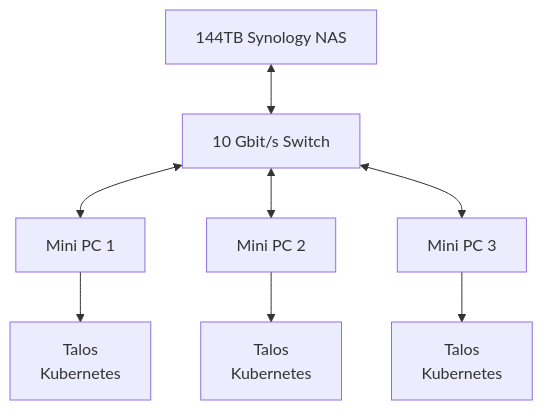
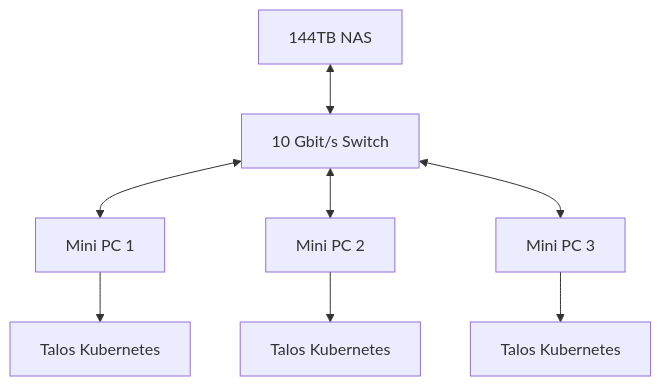
Before and after one commit to Skaronator/homelab: the diagram in README.md, drawn with Mermaid. The commit also changed other lines of this file and 1 other file, not shown here.

````diff
--- a/README.md
+++ b/README.md
@@ -34,15 +32,15 @@
 ```mermaid
 flowchart TD
-    nas[144TB Synology NAS]
+    nas[144TB NAS]
     1[Mini PC 1]
     2[Mini PC 2]
     3[Mini PC 3]
 
     sw[10 Gbit/s Switch]
 
     nas <--> sw <--> 1 & 2 & 3
 
-    1 --> t1[Talos\nKubernetes]
-    2 --> t2[Talos\nKubernetes]
-    3 --> t3[Talos\nKubernetes]
+    1 --> t1[Talos Kubernetes]
+    2 --> t2[Talos Kubernetes]
+    3 --> t3[Talos Kubernetes]
 ```
````
